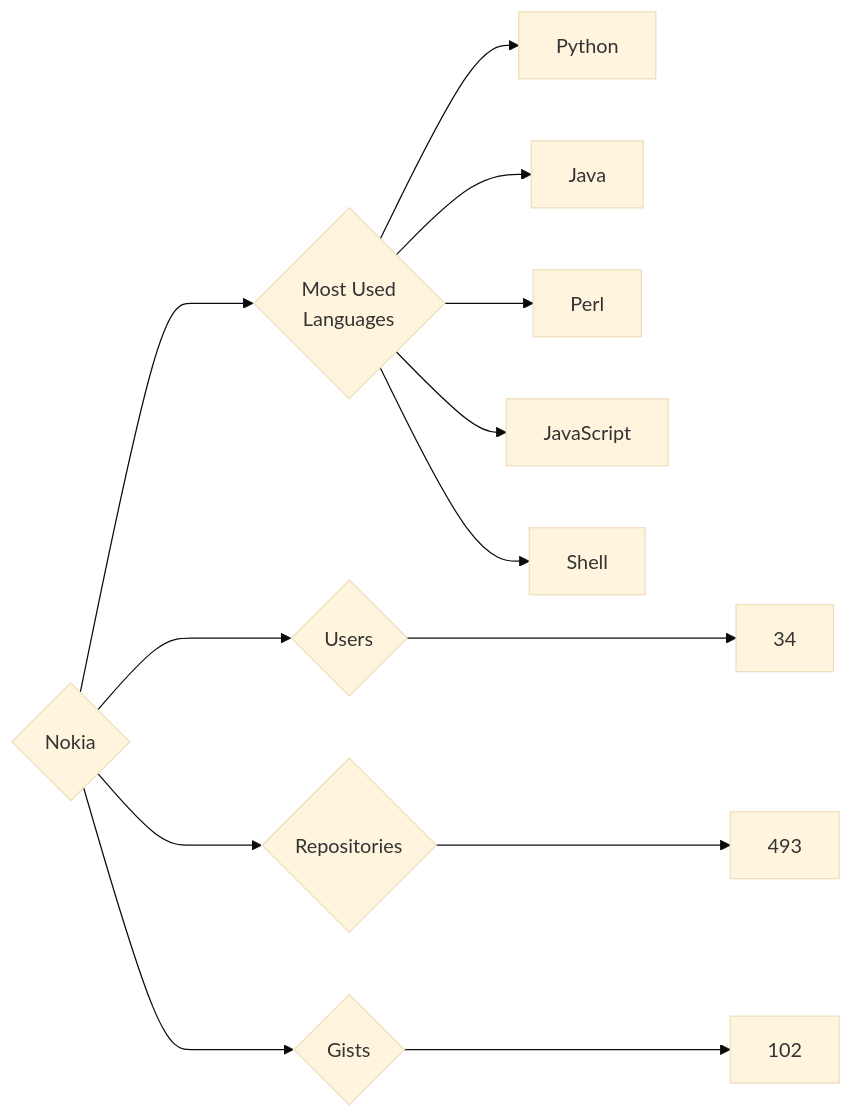
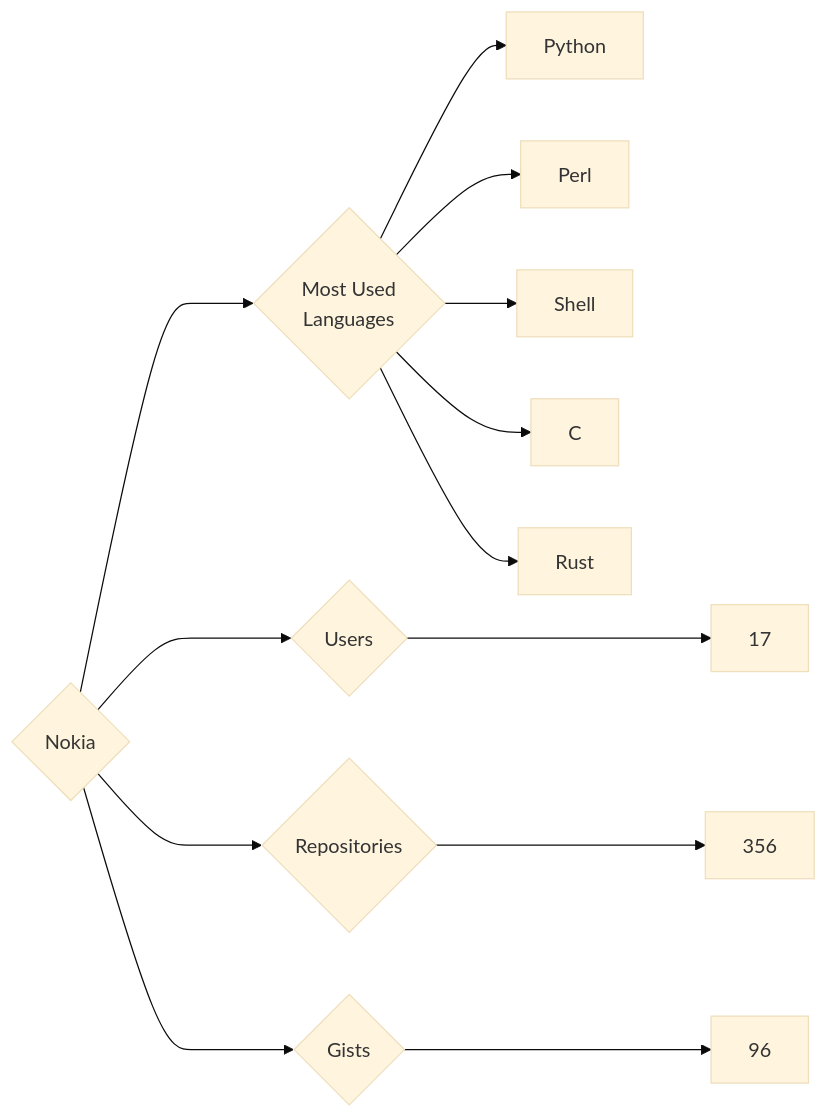
Before and after one commit to trickest/insiders: the diagram in targets/Nokia/README.md, drawn with Mermaid (base theme). The commit also changed 794 other files, not shown here.

````diff
--- a/targets/Nokia/README.md
+++ b/targets/Nokia/README.md
@@ -3,13 +3,13 @@
 ```mermaid
 graph LR
 COMPANY_NAME{Nokia}
-COMPANY_NAME ---> U{Users} ---> UN[34]
-COMPANY_NAME ---> R{Repositories} ---> RN[493]
-COMPANY_NAME ---> G{Gists} ---> GN[102]
+COMPANY_NAME ---> U{Users} ---> UN[17]
+COMPANY_NAME ---> R{Repositories} ---> RN[356]
+COMPANY_NAME ---> G{Gists} ---> GN[96]
 COMPANY_NAME ---> ML{Most Used<br>Languages}
 ML --> Python[Python]
-ML --> Java[Java]
 ML --> Perl[Perl]
-ML --> JavaScript[JavaScript]
 ML --> Shell[Shell]
+ML --> C[C]
+ML --> Rust[Rust]
 ```
````
